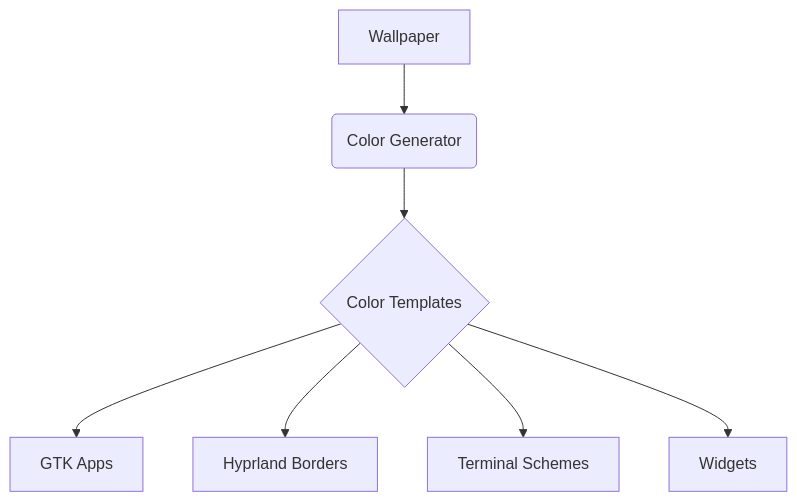
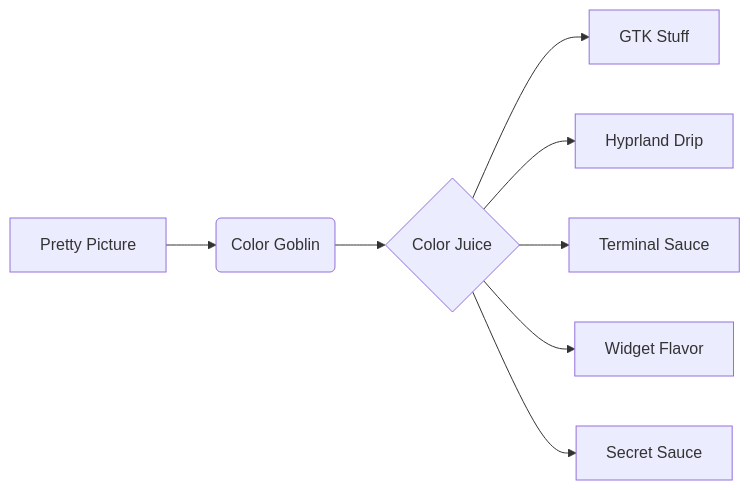
Before and after one commit to BnSplits/Bn-Dotfiles: the diagram in Readme.md, drawn with Mermaid. The commit also changed other lines of this file and 1 other file, not shown here.

````diff
--- a/Readme.md
+++ b/Readme.md
@@ -67,9 +57,10 @@
 ```mermaid
-graph TD
-  A[Wallpaper] --> B(Color Generator)
-  B --> C{Color Templates}
-  C --> D[GTK Apps]
-  C --> E[Hyprland Borders]
-  C --> F[Terminal Schemes]
-  C --> G[Widgets]
+graph LR
+  A[Pretty Picture] --> B(Color Goblin)
+  B --> C{Color Juice}
+  C --> D[GTK Stuff]
+  C --> E[Hyprland Drip]
+  C --> F[Terminal Sauce]
+  C --> G[Widget Flavor]
+  C --> H[Secret Sauce]
 ```
````
